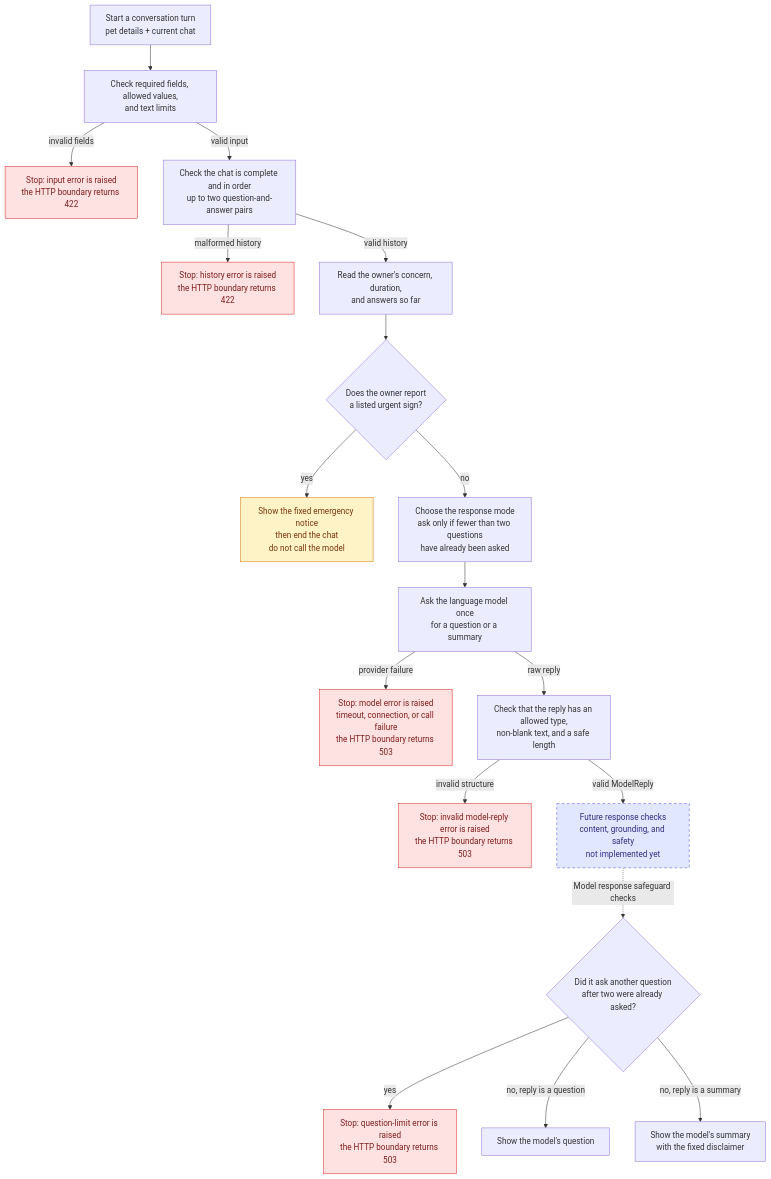
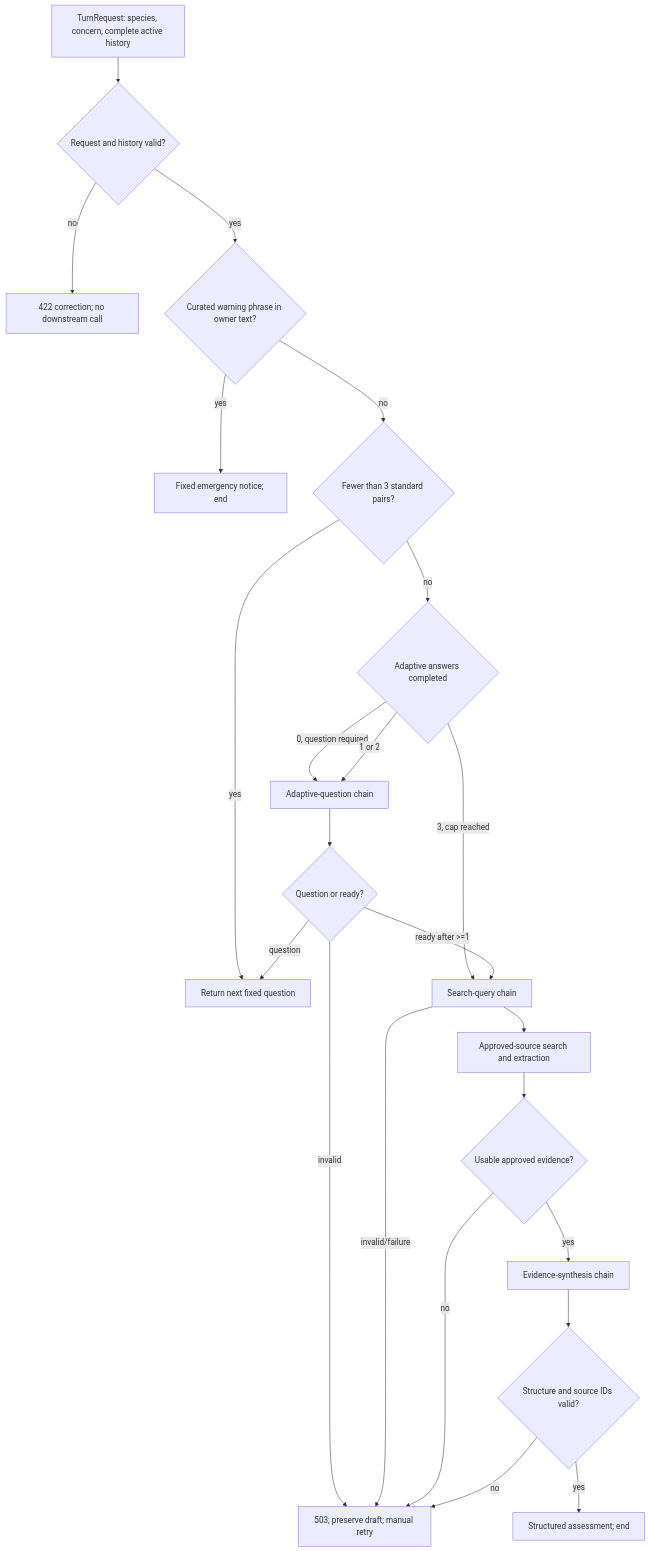
The diagram in src/backend/README.md (jkind9/VetAI), drawn with Mermaid before and after one commit. The commit also changed other lines of this file and 11 other files, not shown here.

Commit message:
docs: define conversational multi-chain flow

````diff
--- a/src/backend/README.md
+++ b/src/backend/README.md
@@ -23,50 +22,43 @@
 ```mermaid
 flowchart TD
-    caller["Start a conversation turn\npet details + current chat"]
-    input["Check required fields, allowed values,\nand text limits"]
-    input_error["Stop: input error is raised\nthe HTTP boundary returns 422"]
+    request["TurnRequest: species, concern, complete active history"]
+    valid{"Request and history valid?"}
+    input_error["422 correction; no downstream call"]
+    emergency{"Curated warning phrase in owner text?"}
+    emergency_notice["Fixed emergency notice; end"]
+    standard{"Fewer than 3 standard pairs?"}
+    fixed_question["Return next fixed question"]
+    adaptive_count{"Adaptive answers completed"}
+    adaptive["Adaptive-question chain"]
+    adaptive_result{"Question or ready?"}
+    query["Search-query chain"]
+    search["Approved-source search and extraction"]
+    evidence{"Usable approved evidence?"}
+    synthesis["Evidence-synthesis chain"]
+    grounding{"Structure and source IDs valid?"}
+    assessment["Structured assessment; end"]
+    service_error["503; preserve draft; manual retry"]
 
-    history["Check the chat is complete and in order\nup to two question-and-answer pairs"]
-    history_error["Stop: history error is raised\nthe HTTP boundary returns 422"]
-
-    owner_text["Read the owner's concern, duration,\nand answers so far"]
-    safety_gate{"Does the owner report\na listed urgent sign?"}
-    emergency["Show the fixed emergency notice\nthen end the chat\ndo not call the model"]
-
-    mode["Choose the response mode\nask only if fewer than two questions\nhave already been asked"]
-    adapter["Ask the language model once\nfor a question or a summary"]
-    call_error["Stop: model error is raised\ntimeout, connection, or call failure\nthe HTTP boundary returns 503"]
-    shape["Check that the reply has an allowed type,\nnon-blank text, and a safe length"]
-    shape_error["Stop: invalid model-reply error is raised\nthe HTTP boundary returns 503"]
-
-    future_validation["Future response checks\ncontent, grounding, and safety\nnot implemented yet"]
-    question_cap{"Did it ask another question\nafter two were already asked?"}
-    cap_error["Stop: question-limit error is raised\nthe HTTP boundary returns 503"]
-    question["Show the model's question"]
-    summary["Show the model's summary\nwith the fixed disclaimer"]
-
-    caller --> input
-    input -->|valid input| history
-    input -->|invalid fields| input_error
-    history -->|valid history| owner_text
-    history -->|malformed history| history_error
-    owner_text --> safety_gate
-    safety_gate -->|yes| emergency
-    safety_gate -->|no| mode
-    mode --> adapter
-    adapter -->|provider failure| call_error
-    adapter -->|raw reply| shape
-    shape -->|invalid structure| shape_error
-    shape -->|valid ModelReply| future_validation
-    future_validation -. Model response safeguard checks .-> question_cap
-    question_cap -->|yes| cap_error
-    question_cap -->|no, reply is a question| question
-    question_cap -->|no, reply is a summary| summary
-
-    classDef error fill:#fee2e2,stroke:#dc2626,color:#7f1d1d;
-    classDef emergency fill:#fef3c7,stroke:#d97706,color:#78350f;
-    classDef future fill:#e0e7ff,stroke:#4f46e5,color:#312e81,stroke-dasharray: 5 5;
-    class input_error,history_error,call_error,shape_error,cap_error error;
-    class emergency emergency;
-    class future_validation future;
+    request --> valid
+    valid -->|no| input_error
+    valid -->|yes| emergency
+    emergency -->|yes| emergency_notice
+    emergency -->|no| standard
+    standard -->|yes| fixed_question
+    standard -->|no| adaptive_count
+    adaptive_count -->|0, question required| adaptive
+    adaptive_count -->|1 or 2| adaptive
+    adaptive_count -->|3, cap reached| query
+    adaptive --> adaptive_result
+    adaptive_result -->|question| fixed_question
+    adaptive_result -->|ready after >=1| query
+    adaptive_result -->|invalid| service_error
+    query -->|invalid/failure| service_error
+    query --> search
+    search --> evidence
+    evidence -->|no| service_error
+    evidence -->|yes| synthesis
+    synthesis --> grounding
+    grounding -->|no| service_error
+    grounding -->|yes| assessment
 ```
````
